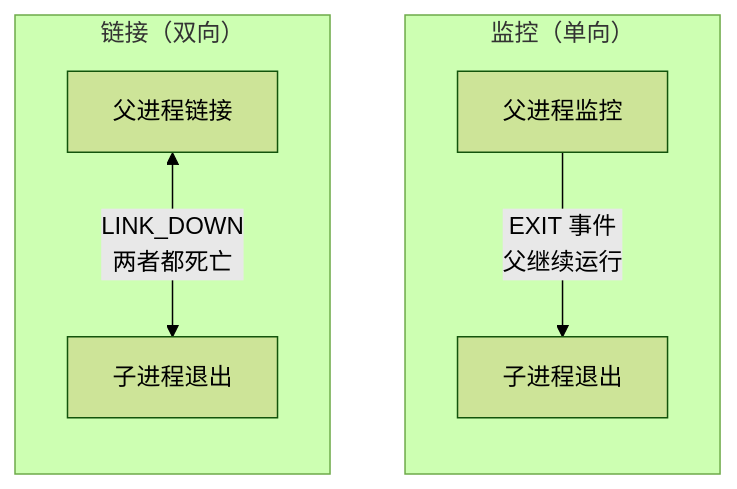
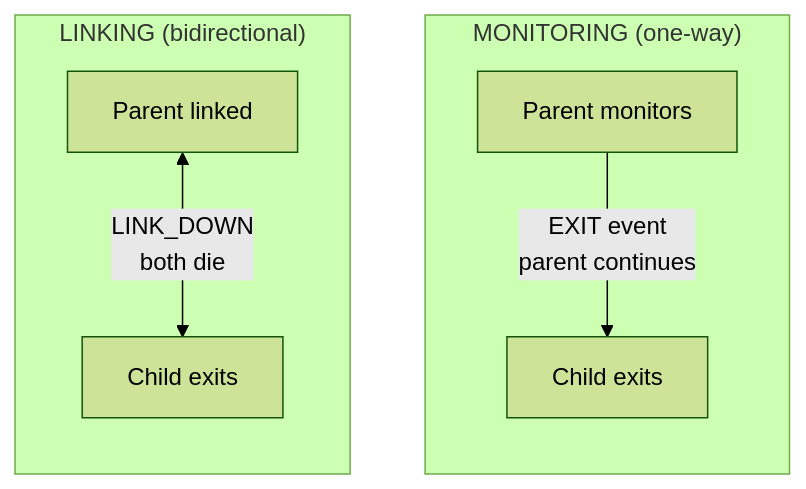
One commit to wippyai/docs changed the diagram in zh/tutorials/supervision.md. Above: the diagram before and after it, drawn with Mermaid (forest theme). The commit also changed other lines of this file and 79 other files, not shown here.

````diff
--- a/zh/tutorials/supervision.md
+++ b/zh/tutorials/supervision.md
@@ -17,12 +17,12 @@
 ```mermaid
 flowchart TB
-    subgraph Monitoring["监控（单向）"]
+    subgraph Monitoring["MONITORING (one-way)"]
         direction TB
-        P1[父进程监控] -->|EXIT 事件<br/>父继续运行| C1[子进程退出]
+        P1[Parent monitors] -->|EXIT event<br/>parent continues| C1[Child exits]
     end
 
-    subgraph Linking["链接（双向）"]
+    subgraph Linking["LINKING (bidirectional)"]
         direction TB
-        P2[父进程链接] <-->|LINK_DOWN<br/>两者都死亡| C2[子进程退出]
+        P2[Parent linked] <-->|LINK_DOWN<br/>both die| C2[Child exits]
     end
 ```
````
